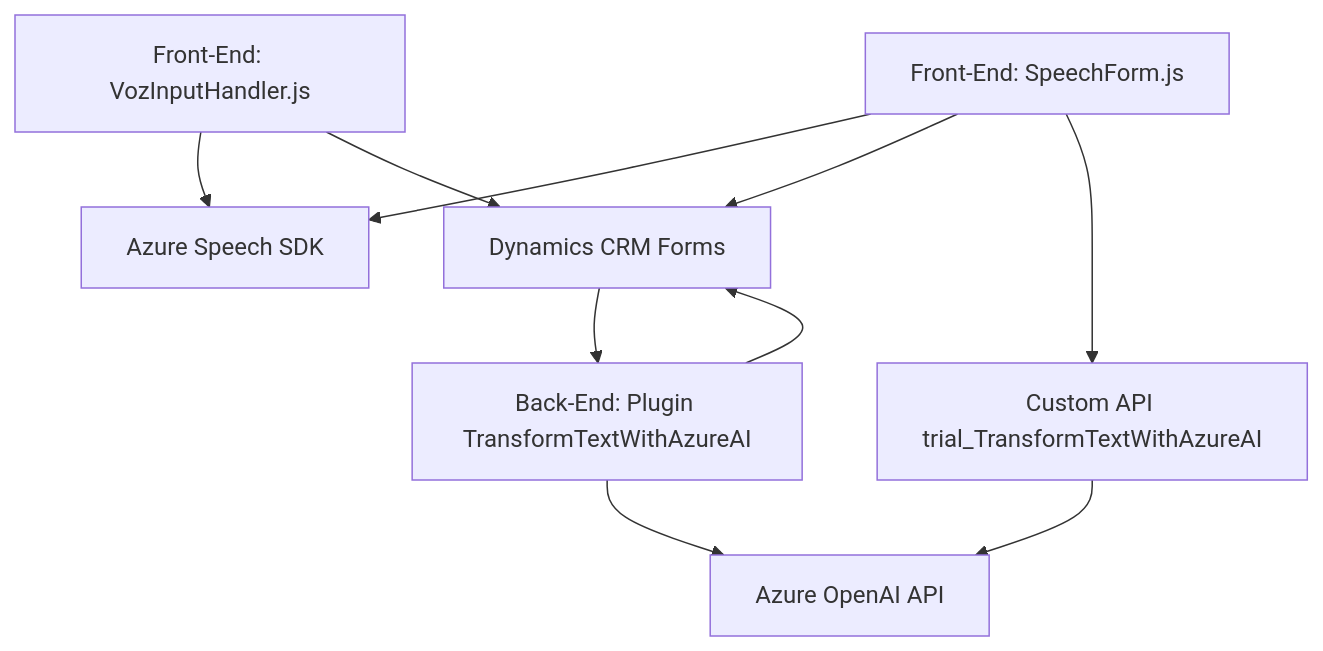
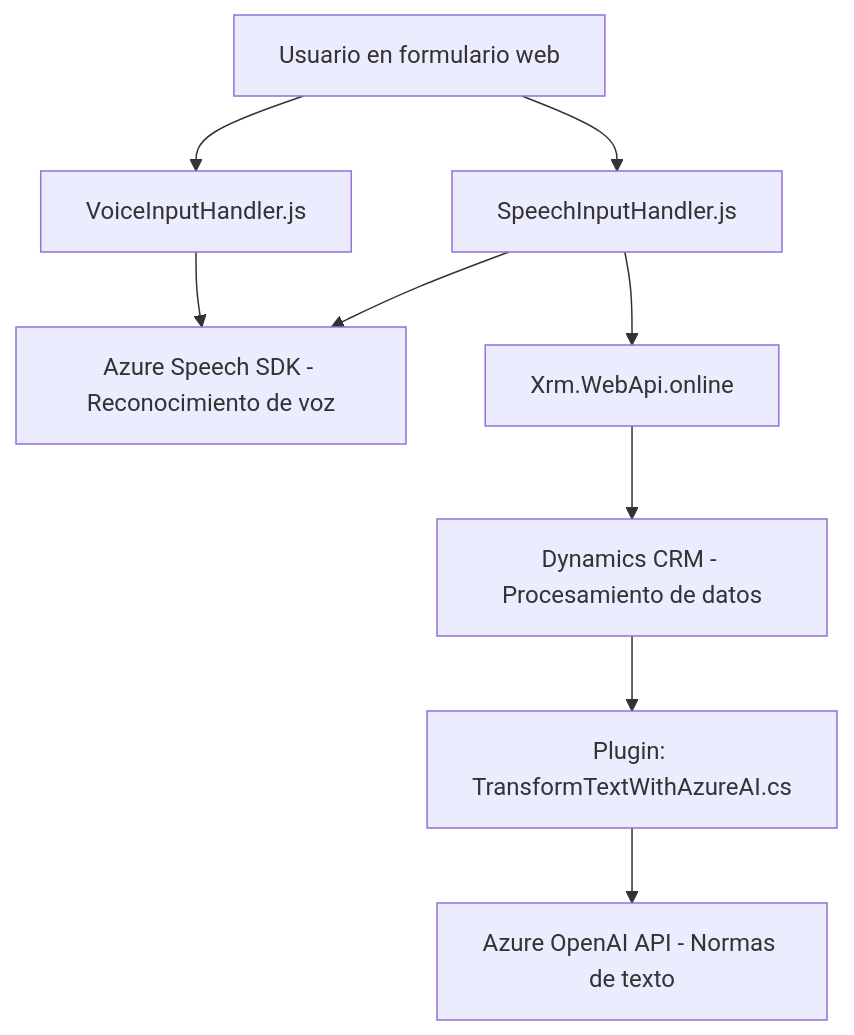
The diagram in README.md (blopezdm/NETCORE_BILBAO2025), drawn with Mermaid before and after one commit. The commit also changed other lines of this file, not shown here.

````diff
--- a/README.md
+++ b/README.md
@@ -47,19 +46,11 @@
 ```mermaid
 graph TD
-    A["Front-End: VozInputHandler.js"]
-    B["Front-End: SpeechForm.js"]
-    C["Dynamics CRM Forms"]
-    D["Back-End: Plugin TransformTextWithAzureAI"]
-    E["Azure Speech SDK"]
-    F["Azure OpenAI API"]
-    G["Custom API trial_TransformTextWithAzureAI"]
-    A --> E
-    B --> E
-    A --> C
-    B --> C
-    B --> G
-    G --> F
-    C --> D
-    D --> F
-    D --> C
+    A["Usuario en formulario web"] --> B["VoiceInputHandler.js"]
+    A --> C["SpeechInputHandler.js"]
+    B --> D["Azure Speech SDK - Síntesis de voz"]
+    C --> D["Azure Speech SDK - Reconocimiento de voz"]
+    C --> E["Xrm.WebApi.online"]
+    E --> F["Dynamics CRM - Procesamiento de datos"]
+    F --> G["Plugin: TransformTextWithAzureAI.cs"]
+    G --> H["Azure OpenAI API - Normas de texto"]
 ```
````
